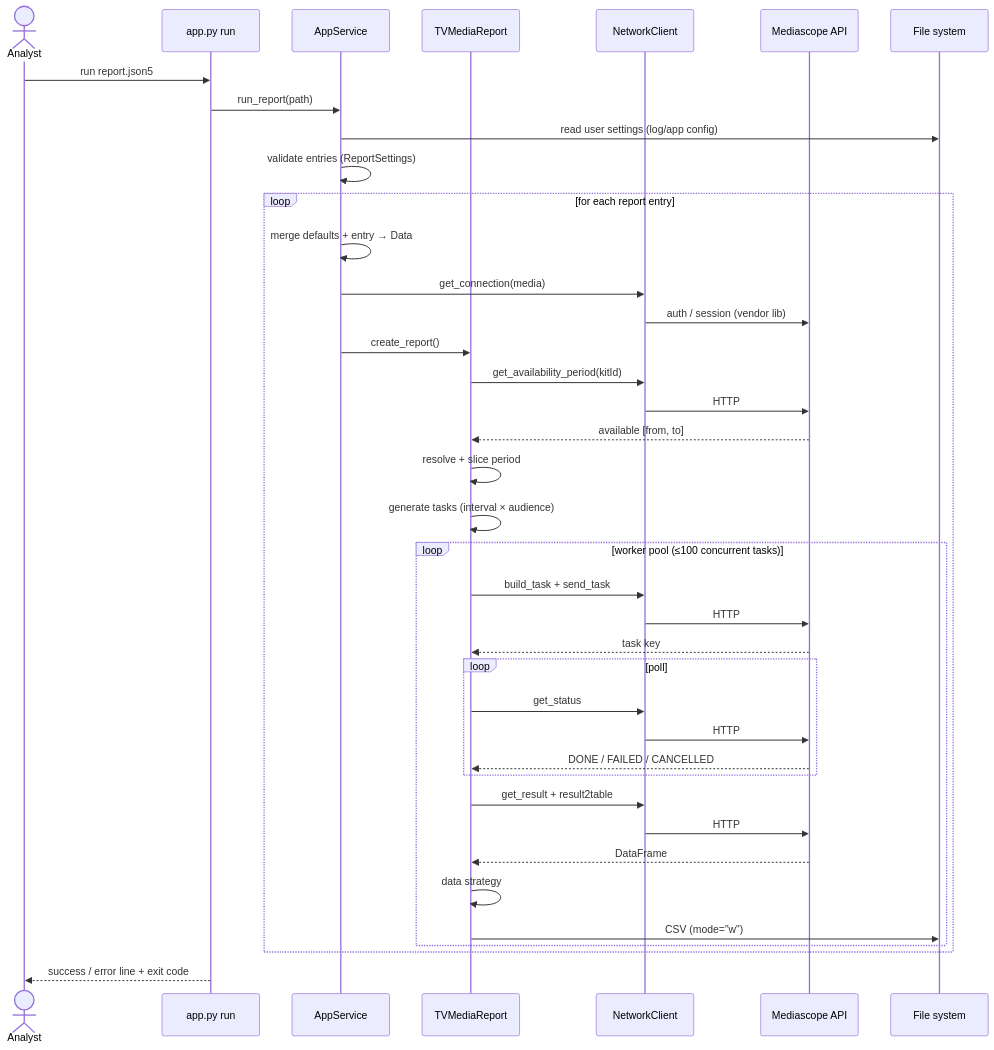
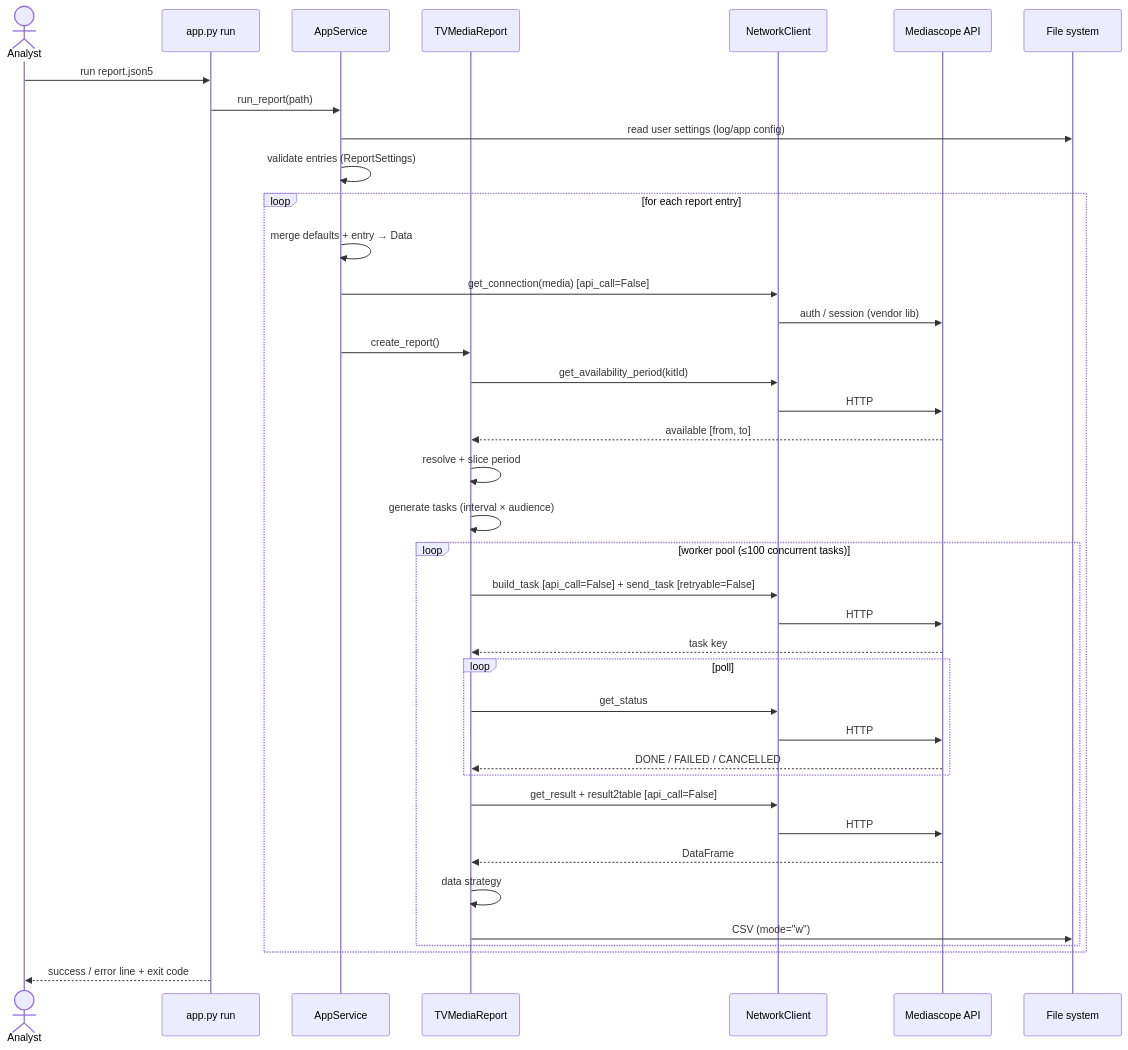
Before and after one commit to manicko/mko_get_mediascope_data: the fourth of 4 diagrams in docs/00-overview/system-architecture.md, drawn with Mermaid. The commit also changed other lines of this file and 30 other files, not shown here.

````diff
--- a/docs/00-overview/system-architecture.md
+++ b/docs/00-overview/system-architecture.md
@@ -140,41 +139,41 @@
 ```mermaid
 sequenceDiagram
     actor U as Analyst
     participant CLI as app.py run
     participant SVC as AppService
     participant REP as TVMediaReport
     participant NET as NetworkClient
     participant API as Mediascope API
     participant FS as File system
     U->>CLI: run report.json5
     CLI->>SVC: run_report(path)
     SVC->>FS: read user settings (log/app config)
     SVC->>SVC: validate entries (ReportSettings)
     loop for each report entry
         SVC->>SVC: merge defaults + entry → Data
-        SVC->>NET: get_connection(media)
+        SVC->>NET: get_connection(media) [api_call=False]
         NET->>API: auth / session (vendor lib)
         SVC->>REP: create_report()
         REP->>NET: get_availability_period(kitId)
         NET->>API: HTTP
         API-->>REP: available [from, to]
         REP->>REP: resolve + slice period
         REP->>REP: generate tasks (interval × audience)
         loop worker pool (≤100 concurrent tasks)
-            REP->>NET: build_task + send_task
+            REP->>NET: build_task [api_call=False] + send_task [retryable=False]
             NET->>API: HTTP
             API-->>REP: task key
             loop poll
                 REP->>NET: get_status
                 NET->>API: HTTP
                 API-->>REP: DONE / FAILED / CANCELLED
             end
-            REP->>NET: get_result + result2table
+            REP->>NET: get_result + result2table [api_call=False]
             NET->>API: HTTP
             API-->>REP: DataFrame
             REP->>REP: data strategy
             REP->>FS: CSV (mode="w")
         end
     end
     CLI-->>U: success / error line + exit code
 ```
````
